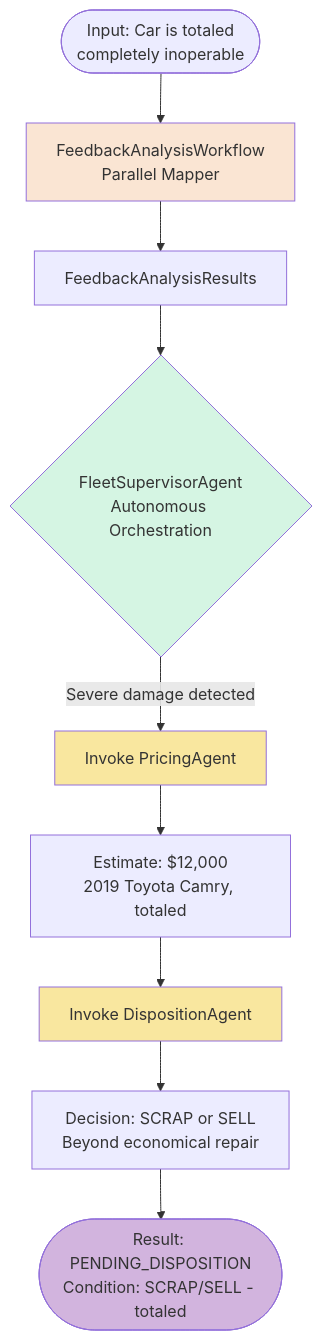
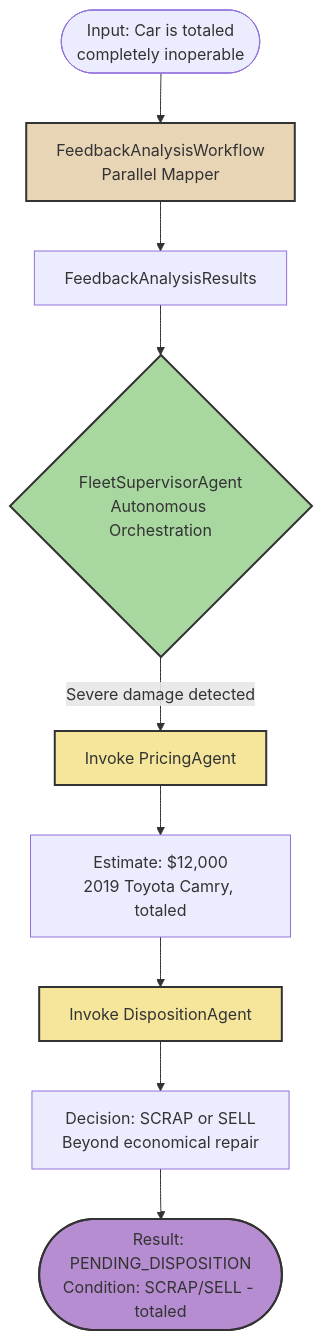
One commit to quarkusio/quarkus-workshop-langchain4j changed the third of 5 diagrams in docs/docs/section-2/step-04.md. Above: the diagram before and after it, drawn with Mermaid. The commit also changed other lines of this file and 6 other files, not shown here.

Commit message:
update docs for better flow, and fix diagrams (#301)

````diff
--- a/docs/docs/section-2/step-04.md
+++ b/docs/docs/section-2/step-04.md
@@ -509,20 +472,20 @@
 ```mermaid
 flowchart TD
-    Start([Input: Car is totaled<br/>completely inoperable])
+    Start(["Input: Car is totaled<br/>completely inoperable"])
 
-    Start --> FW[FeedbackAnalysisWorkflow<br/>Parallel Mapper]
-    FW --> Results[FeedbackAnalysisResults]
-    Results --> FSA{FleetSupervisorAgent<br/>Autonomous Orchestration}
+    Start --> FW["FeedbackAnalysisWorkflow<br/>Parallel Mapper"]
+    FW --> Results["FeedbackAnalysisResults"]
+    Results --> FSA{"FleetSupervisorAgent<br/>Autonomous Orchestration"}
 
-    FSA -->|Severe damage detected| PA[Invoke PricingAgent]
-    PA --> PV[Estimate: $12,000<br/>2019 Toyota Camry, totaled]
-    PV --> DA[Invoke DispositionAgent]
-    DA --> DD[Decision: SCRAP or SELL<br/>Beyond economical repair]
-    DD --> Result([Result: PENDING_DISPOSITION<br/>Condition: SCRAP/SELL - totaled])
+    FSA -->|"Severe damage detected"| PA["Invoke PricingAgent"]
+    PA --> PV["Estimate: $12,000<br/>2019 Toyota Camry, totaled"]
+    PV --> DA["Invoke DispositionAgent"]
+    DA --> DD["Decision: SCRAP or SELL<br/>Beyond economical repair"]
+    DD --> Result(["Result: PENDING_DISPOSITION<br/>Condition: SCRAP/SELL - totaled"])
 
-    style FW fill:#FAE5D3
-    style FSA fill:#D5F5E3
-    style PA fill:#F9E79F
-    style DA fill:#F9E79F
-    style Result fill:#D2B4DE
+    style FW fill:#e8d5b5,stroke:#333,stroke-width:2,color:#333
+    style FSA fill:#a8d8a0,stroke:#333,stroke-width:2,color:#333
+    style PA fill:#f5e69c,stroke:#333,stroke-width:2,color:#333
+    style DA fill:#f5e69c,stroke:#333,stroke-width:2,color:#333
+    style Result fill:#b58dd0,stroke:#333,stroke-width:2,color:#333
 ```
````
